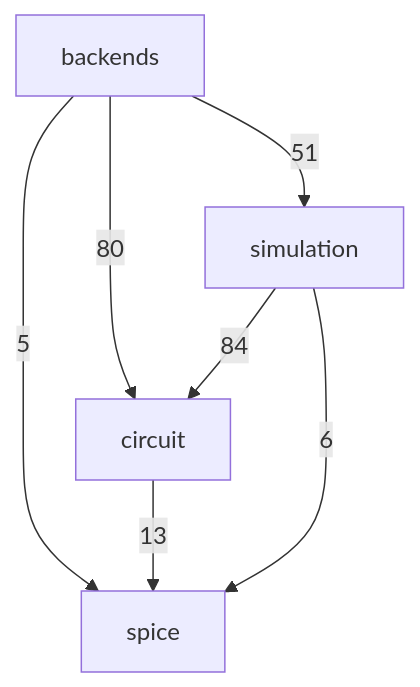
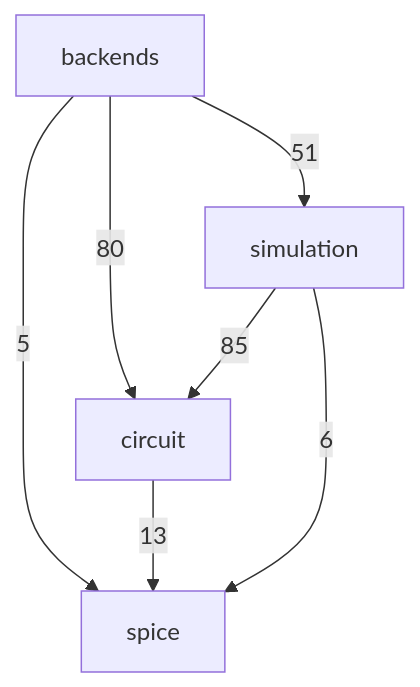
One commit to ronnymilleo/imcsim changed the second of 3 diagrams in docs/architecture.md. Above: the diagram before and after it, drawn with Mermaid.

Commit message:
Regenerate the include diagram

````diff
--- a/docs/architecture.md
+++ b/docs/architecture.md
@@ -33,13 +33,13 @@
 ```mermaid
 flowchart TD
     app_core_spice[spice]
     app_core_circuit[circuit]
     app_core_simulation[simulation]
     app_core_backends[backends]
     app_core_backends -->|80| app_core_circuit
     app_core_backends -->|51| app_core_simulation
     app_core_backends -->|5| app_core_spice
     app_core_circuit -->|13| app_core_spice
-    app_core_simulation -->|84| app_core_circuit
+    app_core_simulation -->|85| app_core_circuit
     app_core_simulation -->|6| app_core_spice
 ```
````
